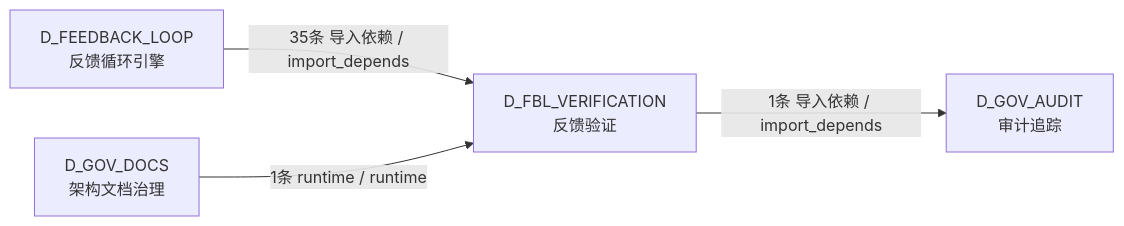
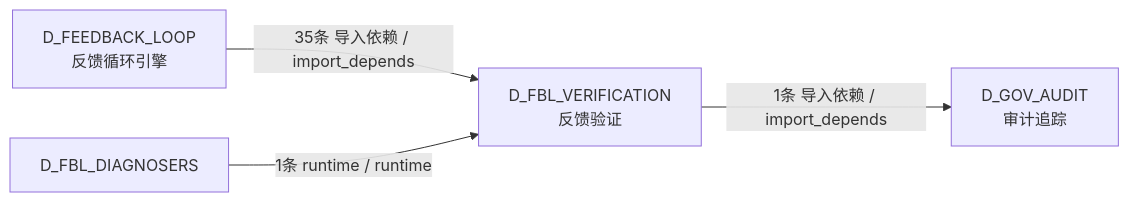
Before and after one commit to xuanFelixVan/ZephyrAlpha: the sixth of 6 diagrams in docs/02_enterprise_architecture/02_domain_architecture_docs/13_d_fbl_verification.md, drawn with Mermaid. The commit also changed other lines of this file and 99 other files, not shown here.

````diff
--- a/docs/02_enterprise_architecture/02_domain_architecture_docs/13_d_fbl_verification.md
+++ b/docs/02_enterprise_architecture/02_domain_architecture_docs/13_d_fbl_verification.md
@@ -495,10 +495,10 @@
 ```mermaid
 graph LR
     D_FBL_VERIFICATION["D_FBL_VERIFICATION<br/>反馈验证"]
     D_GOV_AUDIT["D_GOV_AUDIT<br/>审计追踪"]
     D_FEEDBACK_LOOP["D_FEEDBACK_LOOP<br/>反馈循环引擎"]
-    D_GOV_DOCS["D_GOV_DOCS<br/>架构文档治理"]
+    D_FBL_DIAGNOSERS["D_FBL_DIAGNOSERS"]
     D_FBL_VERIFICATION -->|1条 导入依赖 / import_depends| D_GOV_AUDIT
     D_FEEDBACK_LOOP -->|35条 导入依赖 / import_depends| D_FBL_VERIFICATION
-    D_GOV_DOCS -->|1条 runtime / runtime| D_FBL_VERIFICATION
+    D_FBL_DIAGNOSERS -->|1条 runtime / runtime| D_FBL_VERIFICATION
 ```
````
